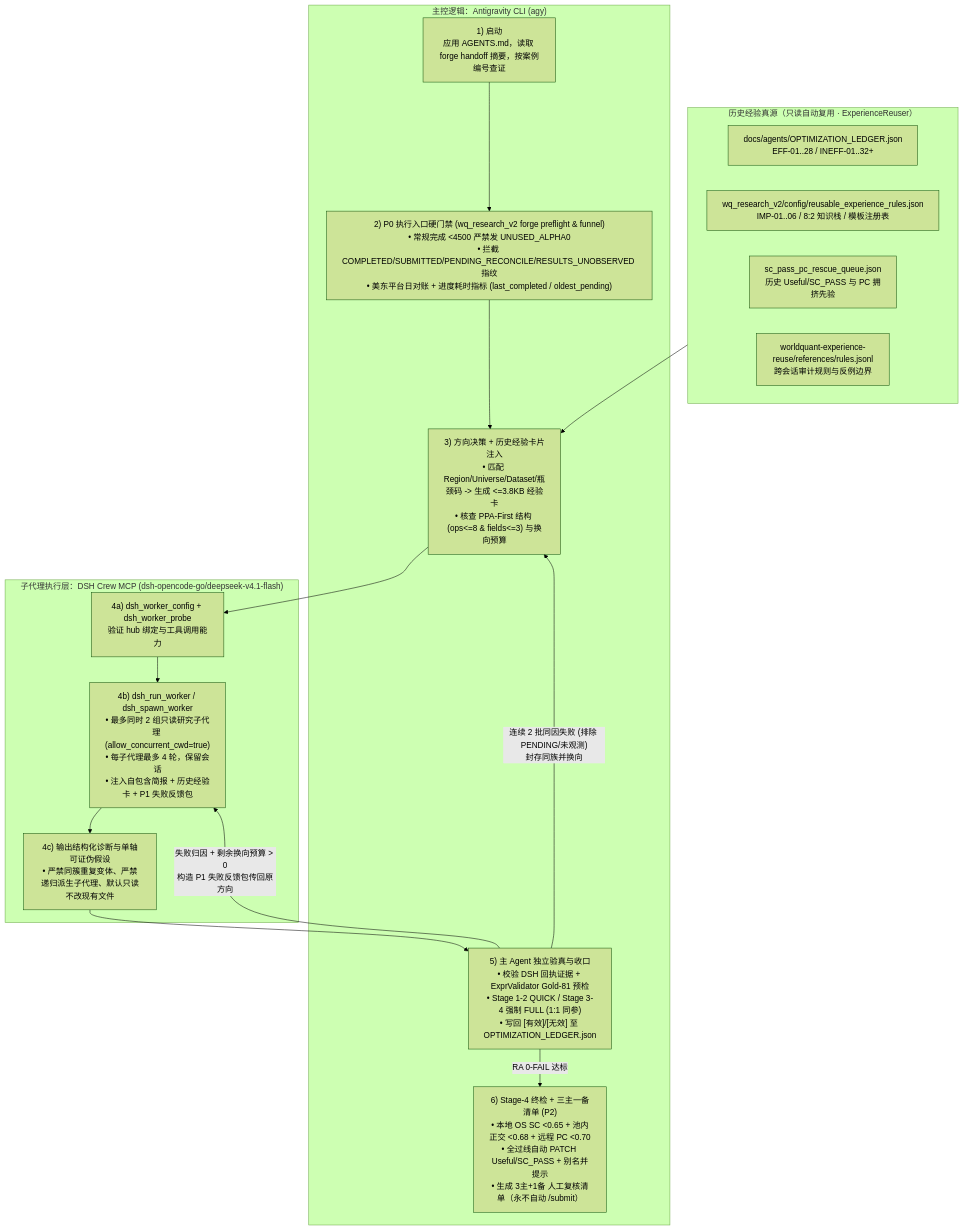
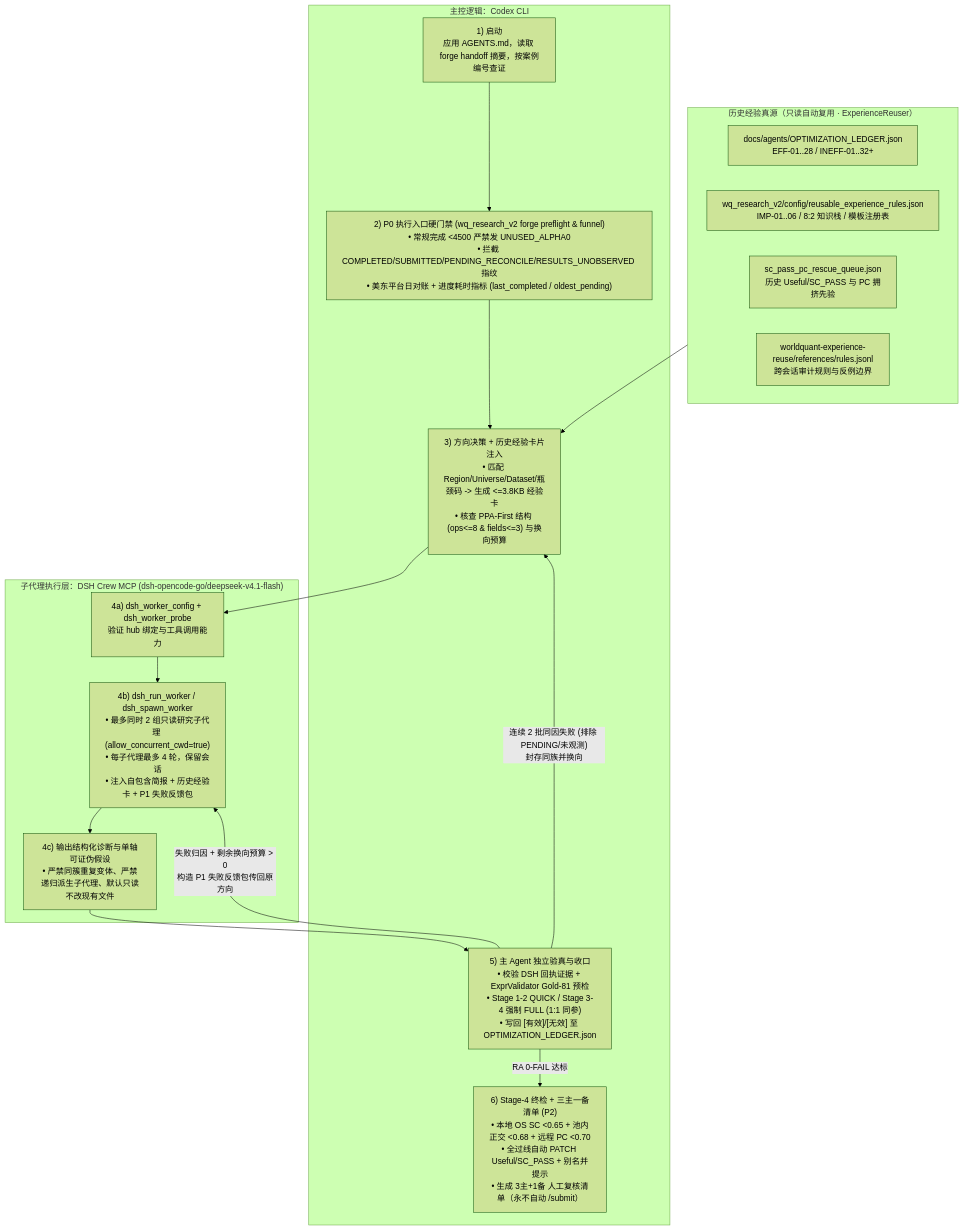
One commit to LuckDogGuan/wq_learn changed the diagram in docs/alphaforge_v4/ALPHAFORGE_V4_WORKFLOW.md. Above: the diagram before and after it, drawn with Mermaid (forest theme). The commit also changed other lines of this file and 14 other files, not shown here.

First line of the commit message:
fix(route4): complete Codex CLI DSH verification

````diff
--- a/docs/alphaforge_v4/ALPHAFORGE_V4_WORKFLOW.md
+++ b/docs/alphaforge_v4/ALPHAFORGE_V4_WORKFLOW.md
@@ -12,29 +12,29 @@
 ```mermaid
 flowchart TD
     subgraph EXP["历史经验真源（只读自动复用 · ExperienceReuser）"]
         E1["docs/agents/OPTIMIZATION_LEDGER.json<br/>EFF-01..28 / INEFF-01..32+"]
         E2["wq_research_v2/config/reusable_experience_rules.json<br/>IMP-01..06 / 8:2 知识栈 / 模板注册表"]
         E3["sc_pass_pc_rescue_queue.json<br/>历史 Useful/SC_PASS 与 PC 拥挤先验"]
         E4["worldquant-experience-reuse/references/rules.jsonl<br/>跨会话审计规则与反例边界"]
     end
 
-    subgraph AGY["主控逻辑：Antigravity CLI (agy)"]
+    subgraph CODEX["主控逻辑：Codex CLI"]
         A1["1) 启动<br/>应用 AGENTS.md，读取 forge handoff 摘要，按案例编号查证"]
         A2["2) P0 执行入口硬门禁 (wq_research_v2 forge preflight & funnel)<br/>• 常规完成 <4500 严禁发 UNUSED_ALPHA0<br/>• 拦截 COMPLETED/SUBMITTED/PENDING_RECONCILE/RESULTS_UNOBSERVED 指纹<br/>• 美东平台日对账 + 进度耗时指标 (last_completed / oldest_pending)"]
         A3["3) 方向决策 + 历史经验卡片注入<br/>• 匹配 Region/Universe/Dataset/瓶颈码 -> 生成 <=3.8KB 经验卡<br/>• 核查 PPA-First 结构 (ops<=8 & fields<=3) 与换向预算"]
         A4["5) 主 Agent 独立验真与收口<br/>• 校验 DSH 回执证据 + ExprValidator Gold-81 预检<br/>• Stage 1-2 QUICK / Stage 3-4 强制 FULL (1:1 同参)<br/>• 写回 [有效]/[无效] 至 OPTIMIZATION_LEDGER.json"]
         A5["6) Stage-4 终检 + 三主一备清单 (P2)<br/>• 本地 OS SC <0.65 + 池内正交 <0.68 + 远程 PC <0.70<br/>• 全过线自动 PATCH Useful/SC_PASS + 别名并提示<br/>• 生成 3主+1备 人工复核清单（永不自动 /submit）"]
     end
 
     subgraph DSH["子代理执行层：DSH Crew MCP (dsh-opencode-go/deepseek-v4.1-flash)"]
         D1["4a) dsh_worker_config + dsh_worker_probe<br/>验证 hub 绑定与工具调用能力"]
         D2["4b) dsh_run_worker / dsh_spawn_worker<br/>• 最多同时 2 组只读研究子代理 (allow_concurrent_cwd=true)<br/>• 每子代理最多 4 轮，保留会话<br/>• 注入自包含简报 + 历史经验卡 + P1 失败反馈包"]
         D3["4c) 输出结构化诊断与单轴可证伪假设<br/>• 严禁同簇重复变体、严禁递归派生子代理、默认只读不改现有文件"]
     end
 
     EXP --> A3
     A1 --> A2 --> A3 --> D1 --> D2 --> D3 --> A4
     A4 -- "失败归因 + 剩余换向预算 > 0<br/>构造 P1 失败反馈包传回原方向" --> D2
     A4 -- "连续 2 批同因失败 (排除 PENDING/未观测)<br/>封存同族并换向" --> A3
     A4 -- "RA 0-FAIL 达标" --> A5
 ```
````
